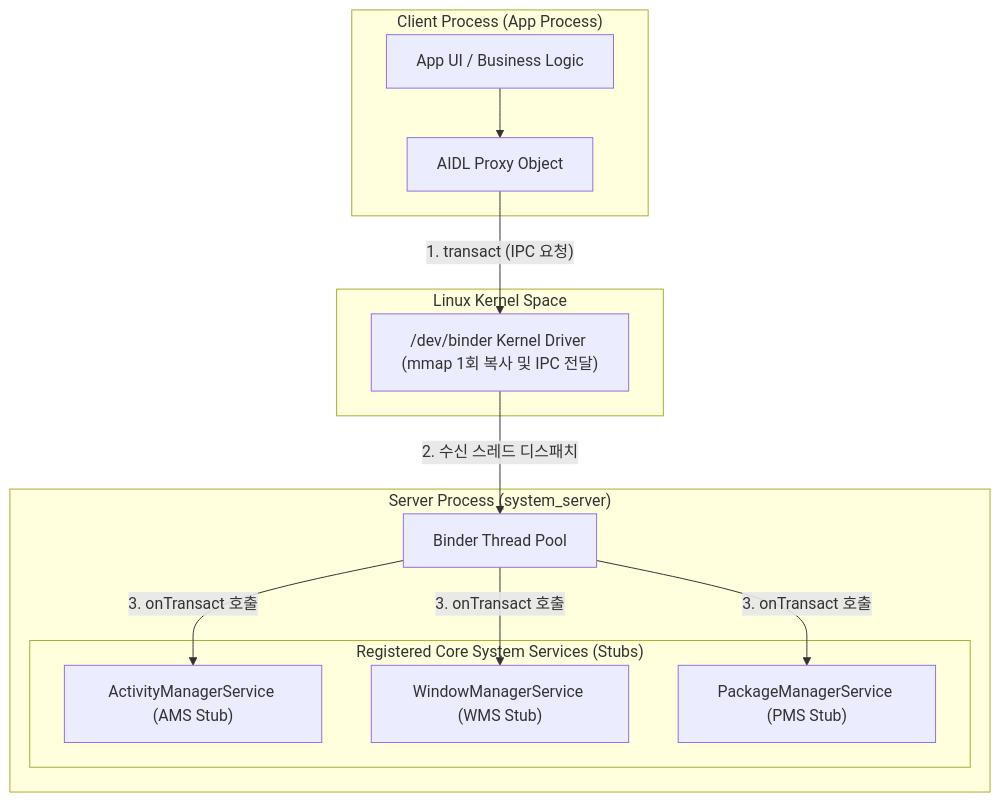
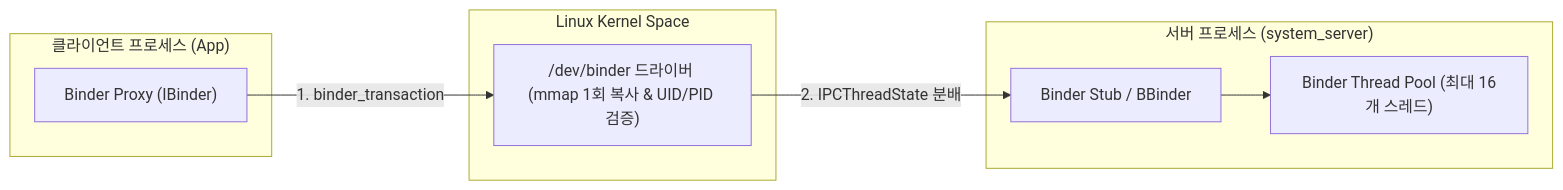
The diagram in 01_inbox/mobile/android/01_system_internals/binder-ipc.md (youngmin-gwon/what-i-studied), drawn with Mermaid before and after one commit. The commit also changed other lines of this file and 55 other files, not shown here.

````diff
--- a/01_inbox/mobile/android/01_system_internals/binder-ipc.md
+++ b/01_inbox/mobile/android/01_system_internals/binder-ipc.md
@@ -23,26 +26,19 @@
 ```mermaid
-graph TD
-    subgraph ClientProc ["Client Process (App Process)"]
-        AppUI["App UI / Business Logic"] --> Proxy["AIDL Proxy Object"]
+graph LR
+    subgraph ClientProc ["클라이언트 프로세스 (App)"]
+        ClientProxy["Binder Proxy (IBinder)"]
     end
 
     subgraph KernelSpace ["Linux Kernel Space"]
-        BinderDriver["/dev/binder Kernel Driver (mmap 1회 복사 및 IPC 전달)"]
+        BinderDriver["/dev/binder 드라이버 (mmap 1회 복사 & UID/PID 검증)"]
     end
 
-    subgraph ServerProc ["Server Process (system_server)"]
-        ThreadPool["Binder Thread Pool"]
-        
-        subgraph SystemServices ["Registered Core System Services (Stubs)"]
-            AMS["ActivityManagerService (AMS Stub)"]
-            WMS["WindowManagerService (WMS Stub)"]
-            PMS["PackageManagerService (PMS Stub)"]
-        end
+    subgraph ServerProc ["서버 프로세스 (system_server)"]
+        BinderStub["Binder Stub / BBinder"]
+        ThreadPool["Binder Thread Pool (최대 16개 스레드)"]
     end
 
-    Proxy -->|"1. transact (IPC 요청)"| BinderDriver
-    BinderDriver -->|"2. 수신 스레드 디스패치"| ThreadPool
-    ThreadPool -->|"3. onTransact 호출"| AMS
-    ThreadPool -->|"3. onTransact 호출"| WMS
-    ThreadPool -->|"3. onTransact 호출"| PMS
+    ClientProxy -->|1. binder_transaction| BinderDriver
+    BinderDriver -->|2. IPCThreadState 분배| BinderStub
+    BinderStub --> ThreadPool
 ```
````
